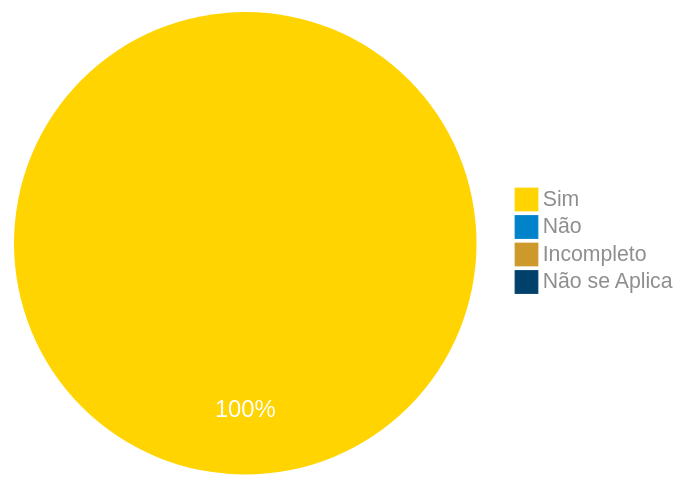
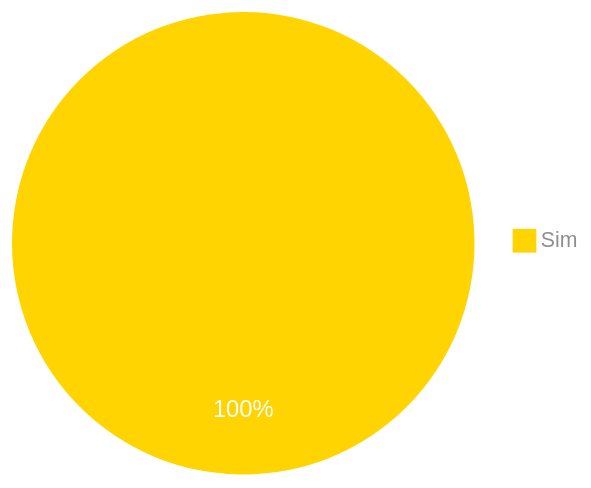
The diagram in docs/verificacao_01/grupo/analise_requisitos1/personas.md (claudiohsc/2024.1-Correios), drawn with Mermaid before and after one commit. The commit also changed 9 other files, not shown here.

````diff
--- a/docs/verificacao_01/grupo/analise_requisitos1/personas.md
+++ b/docs/verificacao_01/grupo/analise_requisitos1/personas.md
@@ -84,24 +84,21 @@
 ``` mermaid
 %%{
   init: {
     'theme': 'base',
     'themeVariables': {
         'primaryColor': '#FFD400',
         'secondaryColor': '#0083CA',
         'tertiaryColor': '#CD992B',
         'pie4': '#00416B',
         'primaryTextColor': '#8e8e8e',
         'pieStrokeWidth': '0px',
         'pieOuterStrokeWidth': '0px',
         'pieOpacity': '1',
         'pieSectionTextColor': '#fff',
         'pieSectionTextSize': '19px'
     }
   }
 }%%
 pie
     "Sim" : 10
-    "Não" : 0
-    "Incompleto" : 0
-    "Não se Aplica" : 0
 ```
````
